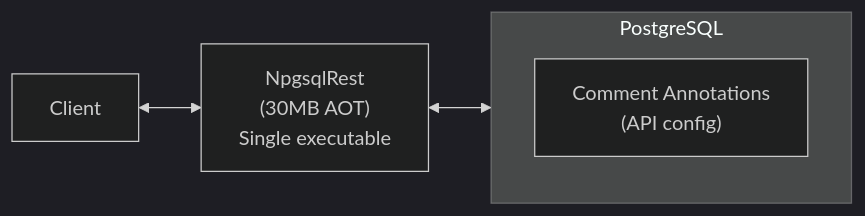
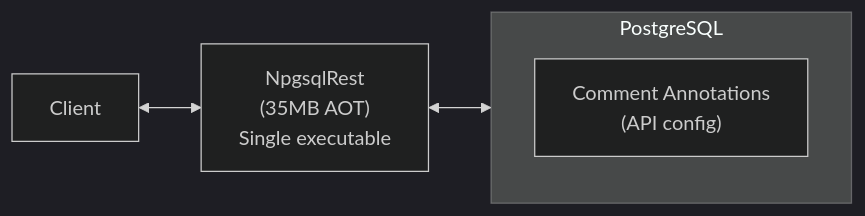
One commit to NpgsqlRest/npgsqlrest-docs changed the first of 3 diagrams in docs/blog/npgsqlrest-vs-postgrest-supabase-comparison.md. Above: the diagram before and after it, drawn with Mermaid (dark theme). The commit also changed other lines of this file and 301 other files, not shown here.

````diff
--- a/docs/blog/npgsqlrest-vs-postgrest-supabase-comparison.md
+++ b/docs/blog/npgsqlrest-vs-postgrest-supabase-comparison.md
@@ -59,11 +60,11 @@
 ```mermaid
 flowchart LR
     A[Client] <--> B["NpgsqlRest
-    (30MB AOT)
+    (35MB AOT)
     Single executable"]
     B <--> C
     subgraph C [PostgreSQL]
         D["Comment Annotations
         (API config)"]
     end
 ```
````
